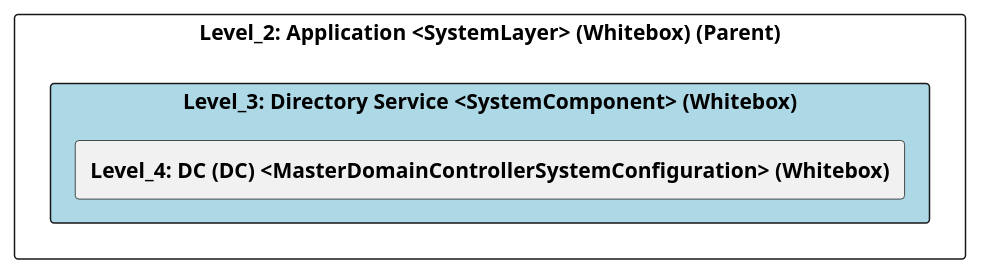
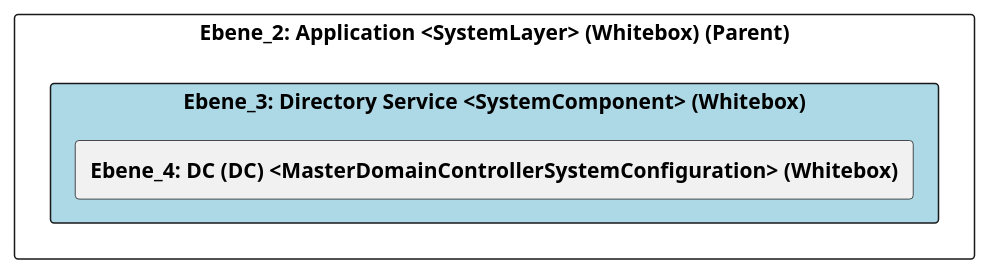
The diagram in src/cleon.architecturemethods.arc42.sample/doc/cleon_architecturemethods_arc42_sample_system/adoc/de/05_bausteinsicht/ikt/application/directory_service/ebene_3_directory_service.adoc (marcozwyssig/cleon), drawn with PlantUML before and after one commit. The commit also changed other lines of this file and 214 other files, not shown here.

```diff
--- a/src/cleon.architecturemethods.arc42.sample/doc/cleon_architecturemethods_arc42_sample_system/adoc/de/05_bausteinsicht/ikt/application/directory_service/ebene_3_directory_service.adoc
+++ b/src/cleon.architecturemethods.arc42.sample/doc/cleon_architecturemethods_arc42_sample_system/adoc/de/05_bausteinsicht/ikt/application/directory_service/ebene_3_directory_service.adoc
@@ -24,26 +24,26 @@
-[plantuml, Level_3: Directory Service <SystemComponent> (Whitebox)BlockOverview, format="svg"]
+[plantuml, Ebene_3: Directory Service <SystemComponent> (Whitebox)BlockOverview, format="svg"]
 ----
-@startuml Level_3: Directory Service <SystemComponent> (Whitebox)BuildingBlockOverview
+@startuml Ebene_3: Directory Service <SystemComponent> (Whitebox)BuildingBlockOverview
 
 skinparam ranksep 10
 skinparam componentStyle rectangle
 skinparam shadowing false
 skinparam arrowColor lightblue
 skinparam arrowThickness 1.2
 skinparam rectangle {
   BackgroundColor White
   BorderColor #333
   RoundCorner 10
 }
 top to bottom direction
 
-component "Level_2: Application <SystemLayer> (Whitebox) (Parent)" {
-    component "Level_3: Directory Service <SystemComponent> (Whitebox)" #lightblue {
-        [**Level_4: DC (DC) <MasterDomainControllerSystemConfiguration> (Whitebox)**] as 8C664CF7_219A_11F0_83AE_DF5418A109A4
+component "Ebene_2: Application <SystemLayer> (Whitebox) (Parent)" {
+    component "Ebene_3: Directory Service <SystemComponent> (Whitebox)" #lightblue {
+        [**Ebene_4: DC (DC) <MasterDomainControllerSystemConfiguration> (Whitebox)**] as 8C664CF7_219A_11F0_83AE_DF5418A109A4
     }
 
     
 }
 
 @enduml
 ----
```
